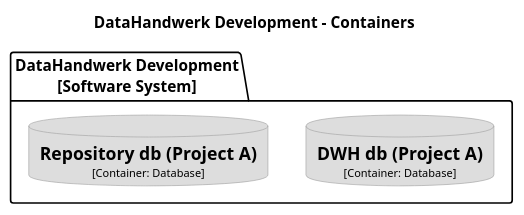
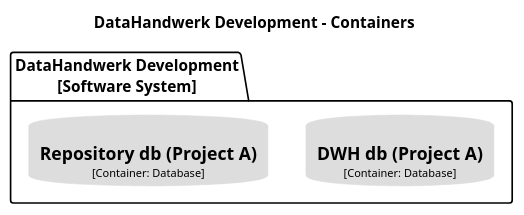
Before and after one commit to DataHandwerk/dhw-antora-docs: the diagram in docs/modules/arc/partials/c4_dsl/puml/structurizr-DataHandwerkDevelopment-Container.puml, drawn with PlantUML. The commit also changed 2689 other files, not shown here.

```diff
--- a/docs/modules/arc/partials/c4_dsl/puml/structurizr-DataHandwerkDevelopment-Container.puml
+++ b/docs/modules/arc/partials/c4_dsl/puml/structurizr-DataHandwerkDevelopment-Container.puml
@@ -1,27 +1,27 @@
 @startuml(id=DataHandwerkDevelopment-Container)
 title DataHandwerk Development - Containers
 
 skinparam {
   shadowing false
   arrowFontSize 10
   defaultTextAlignment center
   wrapWidth 200
   maxMessageSize 100
 }
 hide stereotype
 top to bottom direction
-skinparam database<<30>> {
+skinparam database<<33>> {
   BackgroundColor #dddddd
   FontColor #000000
-  BorderColor #9A9A9A
+  BorderColor #dddddd
 }
-skinparam database<<31>> {
+skinparam database<<34>> {
   BackgroundColor #dddddd
   FontColor #000000
-  BorderColor #9A9A9A
+  BorderColor #dddddd
 }
 package "DataHandwerk Development\n[Software System]" {
-  database "==DWH db (Project A)\n<size:10>[Container: Database]</size>" <<31>> as 31
-  database "==Repository db (Project A)\n<size:10>[Container: Database]</size>" <<30>> as 30
+  database "==DWH db (Project A)\n<size:10>[Container: Database]</size>" <<34>> as 34
+  database "==Repository db (Project A)\n<size:10>[Container: Database]</size>" <<33>> as 33
 }
 @enduml
```
